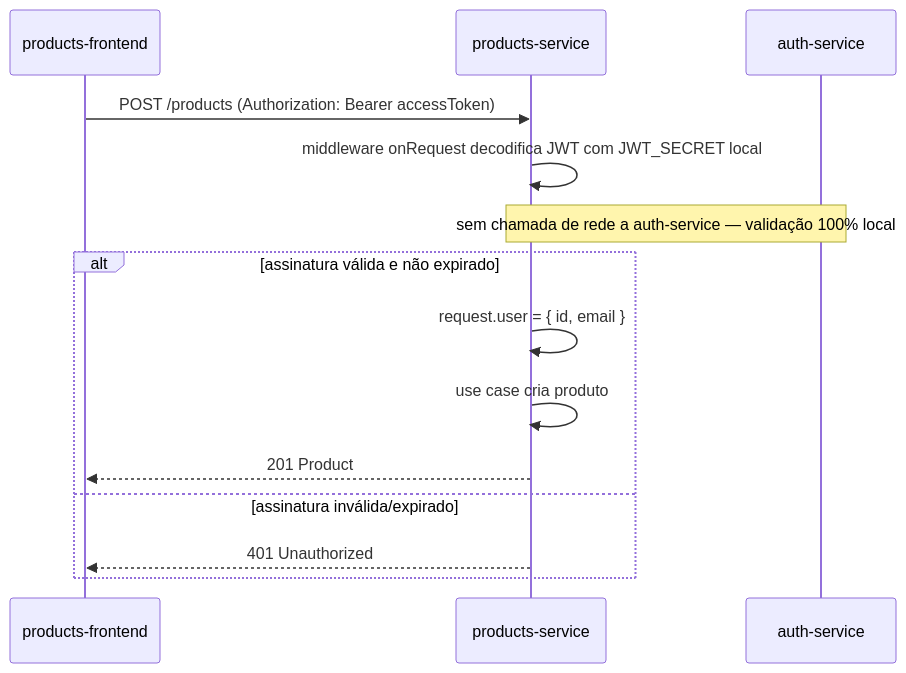
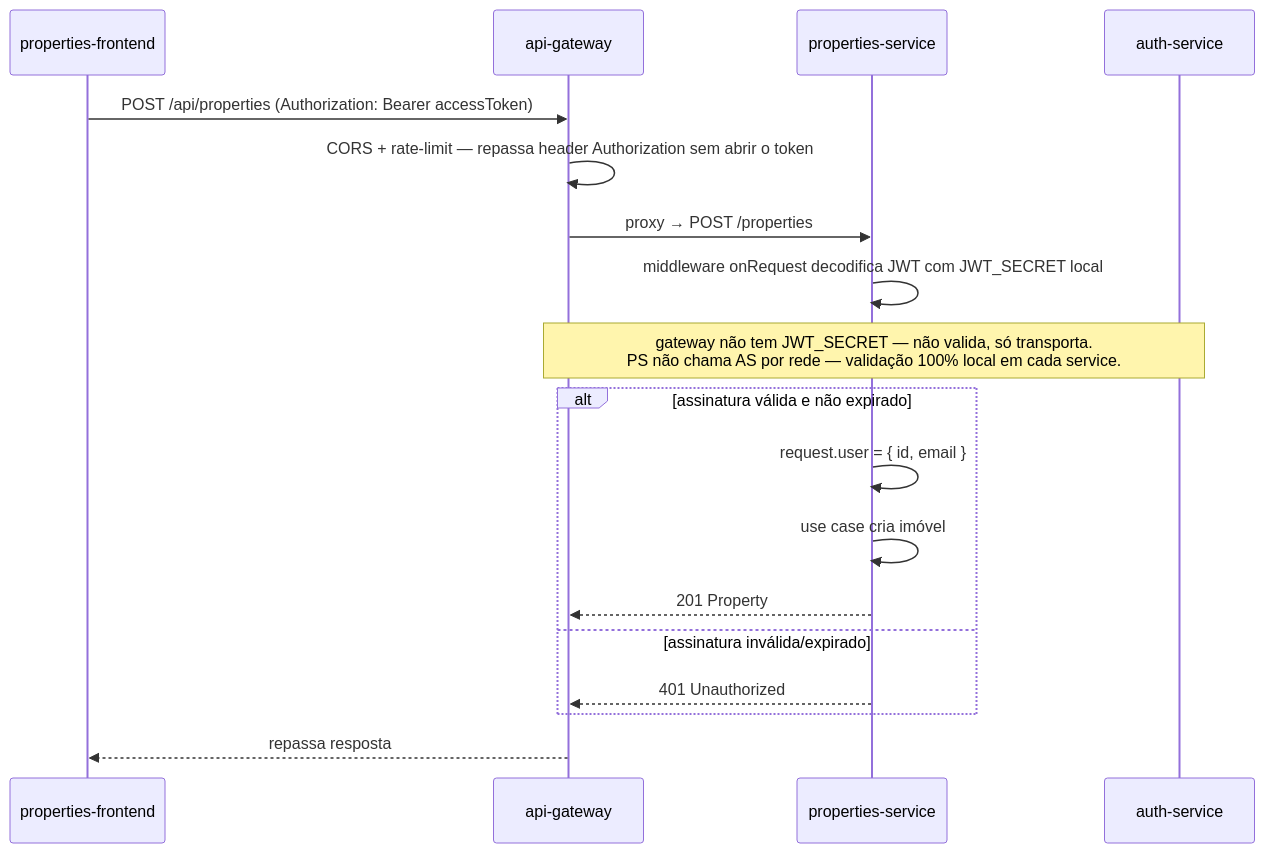
Before and after one commit to LucasLevingston/ImobCore: the fourth of 4 diagrams in docs/ARCHITECTURE.md, drawn with Mermaid. The commit also changed other lines of this file and 12 other files, not shown here.

First line of the commit message:
refactor: pivot domain from generic products to real-estate properties

````diff
--- a/docs/ARCHITECTURE.md
+++ b/docs/ARCHITECTURE.md
@@ -169,17 +194,21 @@
 ```mermaid
 sequenceDiagram
-    participant PF as products-frontend
-    participant PS as products-service
+    participant PF as properties-frontend
+    participant GW as api-gateway
+    participant PS as properties-service
     participant AS as auth-service
 
-    PF->>PS: POST /products (Authorization: Bearer accessToken)
+    PF->>GW: POST /api/properties (Authorization: Bearer accessToken)
+    GW->>GW: CORS + rate-limit — repassa header Authorization sem abrir o token
+    GW->>PS: proxy → POST /properties
     PS->>PS: middleware onRequest decodifica JWT com JWT_SECRET local
-    Note over PS,AS: sem chamada de rede a auth-service — validação 100% local
+    Note over GW,AS: gateway não tem JWT_SECRET — não valida, só transporta.<br/>PS não chama AS por rede — validação 100% local em cada service.
     alt assinatura válida e não expirado
         PS->>PS: request.user = { id, email }
-        PS->>PS: use case cria produto
-        PS-->>PF: 201 Product
+        PS->>PS: use case cria imóvel
+        PS-->>GW: 201 Property
     else assinatura inválida/expirado
-        PS-->>PF: 401 Unauthorized
+        PS-->>GW: 401 Unauthorized
     end
+    GW-->>PF: repassa resposta
 ```
````
